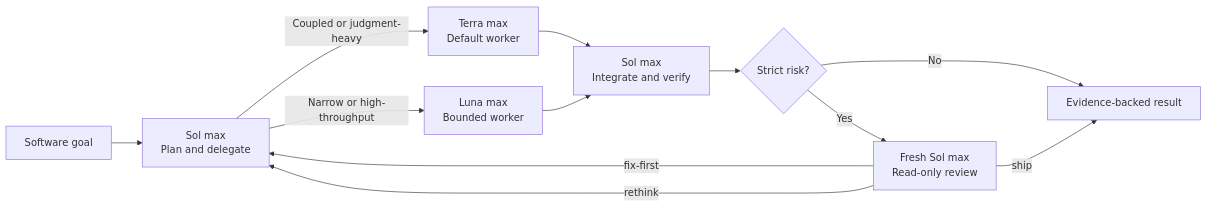
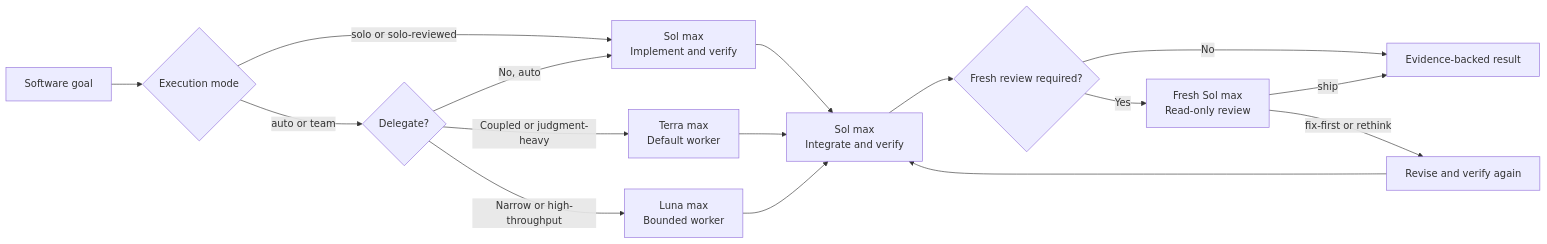
One commit to jay7793/solweaver changed the diagram in README.md. Above: the diagram before and after it, drawn with Mermaid. The commit also changed other lines of this file and 5 other files, not shown here.

Commit message:
Add solo execution modes

````diff
--- a/README.md
+++ b/README.md
@@ -218,14 +257,18 @@
 ```mermaid
 flowchart LR
-    G["Software goal"] --> S["Sol max<br/>Plan and delegate"]
+    G["Software goal"] --> M{"Execution mode"}
+    M -->|"solo or solo-reviewed"| P["Sol max<br/>Implement and verify"]
+    M -->|"auto or team"| S{"Delegate?"}
+    S -->|"No, auto"| P
     S -->|"Coupled or judgment-heavy"| T["Terra max<br/>Default worker"]
     S -->|"Narrow or high-throughput"| L["Luna max<br/>Bounded worker"]
     T --> I["Sol max<br/>Integrate and verify"]
     L --> I
-    I --> A{"Strict risk?"}
+    P --> I
+    I --> A{"Fresh review required?"}
     A -->|"No"| R["Evidence-backed result"]
     A -->|"Yes"| V["Fresh Sol max<br/>Read-only review"]
     V -->|"ship"| R
-    V -->|"fix-first"| S
-    V -->|"rethink"| S
+    V -->|"fix-first or rethink"| X["Revise and verify again"]
+    X --> I
 ```
````
